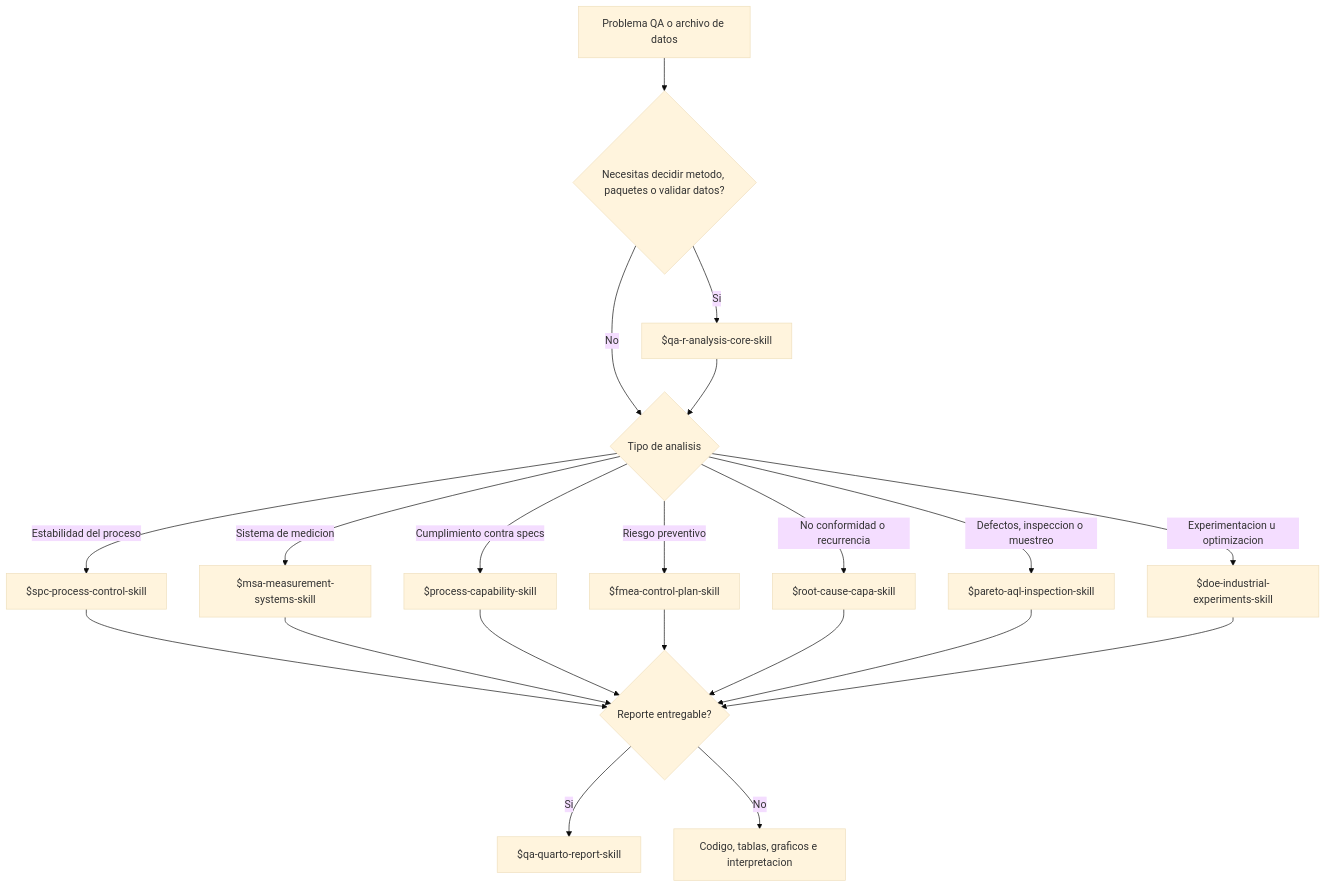
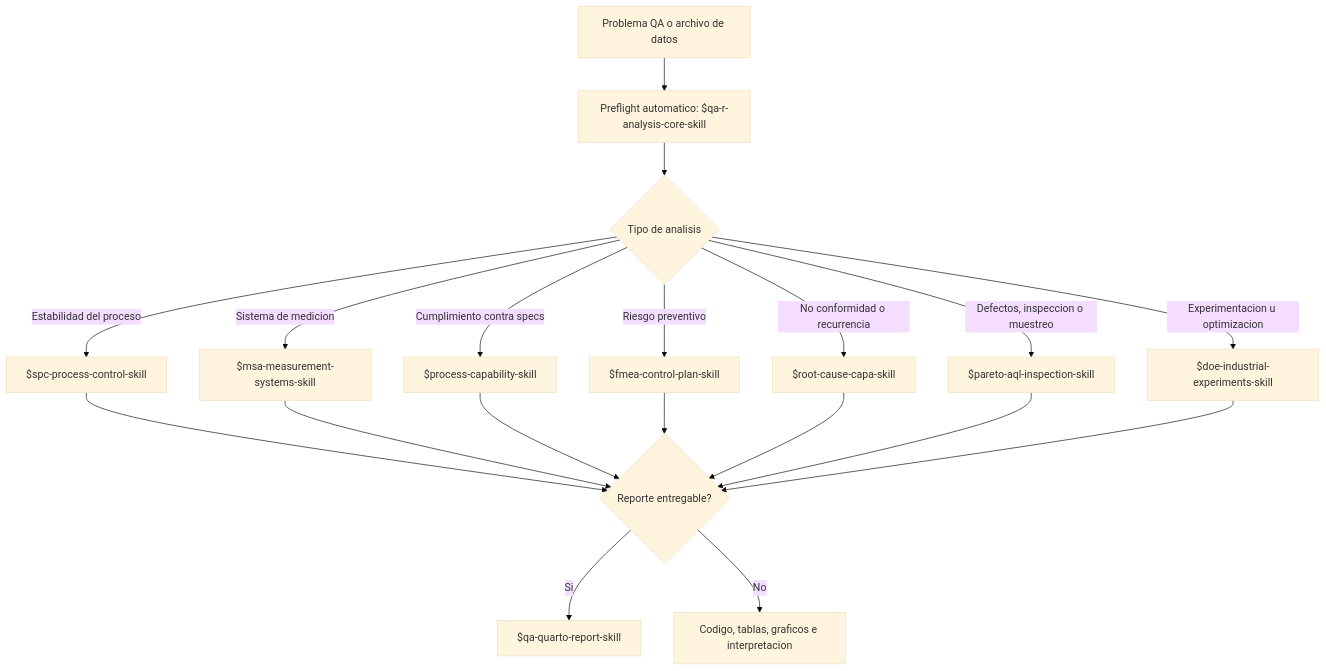
The first of 2 diagrams in README.md (fjgonzalezmgt/qatoolsskills), drawn with Mermaid (base theme) before and after one commit. The commit also changed other lines of this file and 9 other files, not shown here.

Commit message:
Enhance skills documentation to automate preflight checks with qa-r-analysis-core-skill for improved data readiness and analysis planning

````diff
--- a/README.md
+++ b/README.md
@@ -38,23 +55,21 @@
 ```mermaid
 flowchart TD
-  A["Problema QA o archivo de datos"] --> B{"Necesitas decidir metodo, paquetes o validar datos?"}
-  B -->|Si| CORE["$qa-r-analysis-core-skill"]
-  B -->|No| C{"Tipo de analisis"}
-  CORE --> C
+  A["Problema QA o archivo de datos"] --> CORE["Preflight automatico: $qa-r-analysis-core-skill"]
+  CORE --> C{"Tipo de analisis"}
   C -->|Estabilidad del proceso| SPC["$spc-process-control-skill"]
   C -->|Sistema de medicion| MSA["$msa-measurement-systems-skill"]
   C -->|Cumplimiento contra specs| CAP["$process-capability-skill"]
   C -->|Riesgo preventivo| FMEA["$fmea-control-plan-skill"]
   C -->|No conformidad o recurrencia| CAPA["$root-cause-capa-skill"]
   C -->|Defectos, inspeccion o muestreo| AQL["$pareto-aql-inspection-skill"]
   C -->|Experimentacion u optimizacion| DOE["$doe-industrial-experiments-skill"]
   SPC --> Q{"Reporte entregable?"}
   MSA --> Q
   CAP --> Q
   FMEA --> Q
   CAPA --> Q
   AQL --> Q
   DOE --> Q
   Q -->|Si| REPORT["$qa-quarto-report-skill"]
   Q -->|No| OUT["Codigo, tablas, graficos e interpretacion"]
 ```
````
